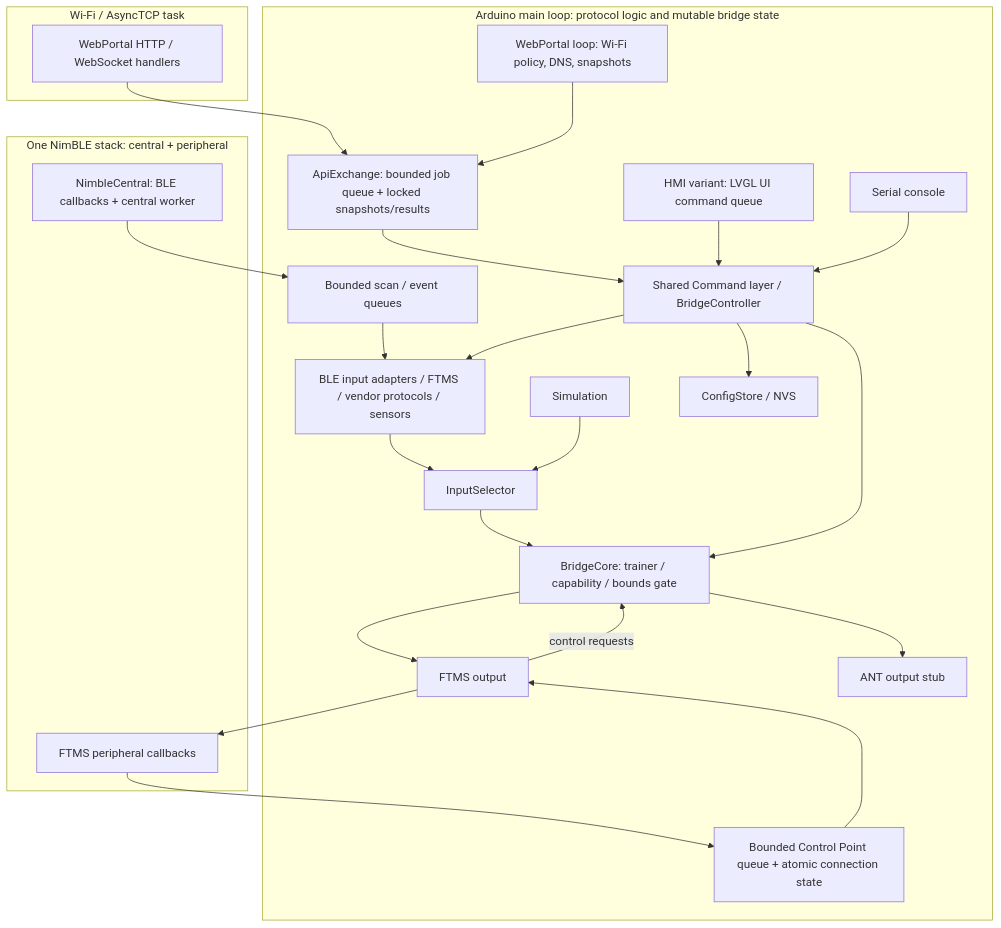
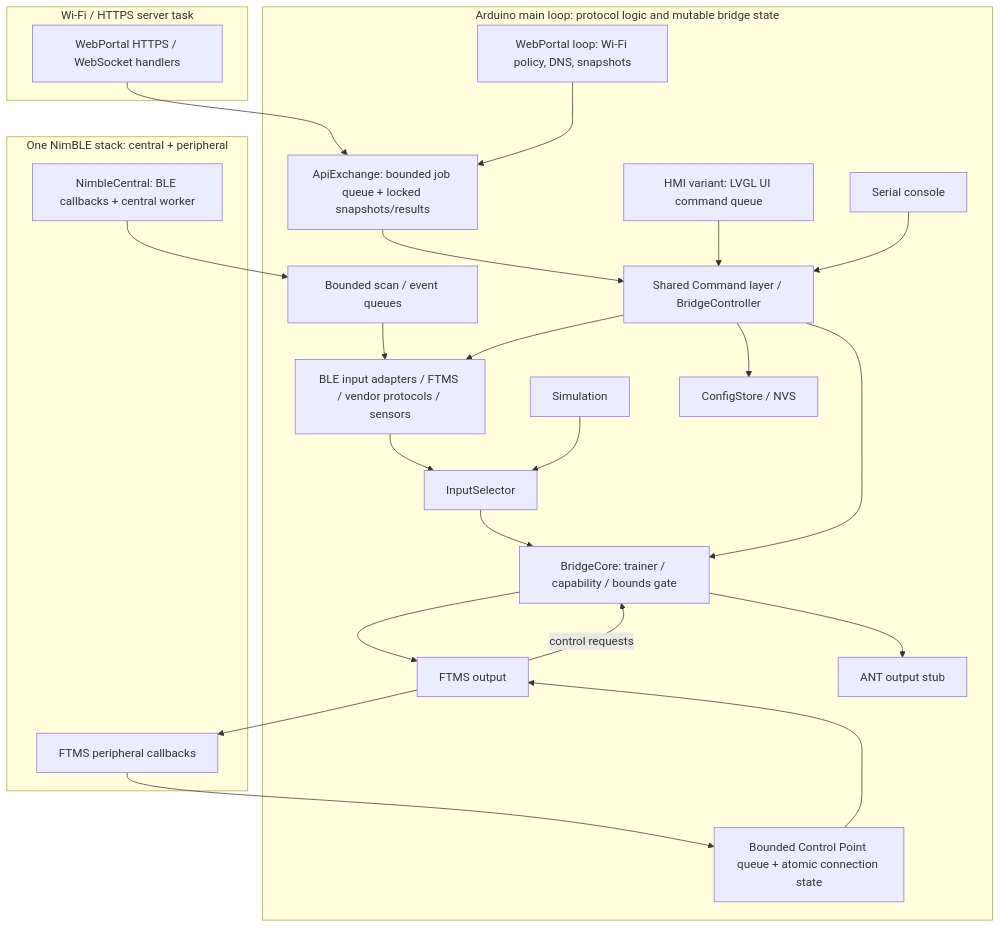
One commit to hubwerk/smartfitness-bridge changed the diagram in README.md. Above: the diagram before and after it, drawn with Mermaid. The commit also changed other lines of this file and 9 other files, not shown here.

Commit message:
Web variant: serve UI/API/WebSocket over HTTPS with never-expiring self-signed certificate

````diff
--- a/README.md
+++ b/README.md
@@ -211,31 +211,31 @@
 ```mermaid
 flowchart TD
   subgraph radio["One NimBLE stack: central + peripheral"]
     NC["NimbleCentral: BLE callbacks + central worker"]
     FP["FTMS peripheral callbacks"]
   end
-  subgraph wifi["Wi-Fi / AsyncTCP task"]
-    HTTP["WebPortal HTTP / WebSocket handlers"]
+  subgraph wifi["Wi-Fi / HTTPS server task"]
+    HTTP["WebPortal HTTPS / WebSocket handlers"]
   end
   NC --> SQ["Bounded scan / event queues"]
   FP --> CQ["Bounded Control Point queue + atomic connection state"]
   HTTP --> API["ApiExchange: bounded job queue + locked snapshots/results"]
   subgraph loop["Arduino main loop: protocol logic and mutable bridge state"]
     SQ --> BLE["BLE input adapters / FTMS / vendor protocols / sensors"]
     BLE --> IS["InputSelector"]
     SIM["Simulation"] --> IS
     IS --> CORE["BridgeCore: trainer / capability / bounds gate"]
     CORE --> OUT["FTMS output"]
     CORE --> ANT["ANT output stub"]
     API --> CMD["Shared Command layer / BridgeController"]
     HMI["HMI variant: LVGL UI command queue"] --> CMD
     CON["Serial console"] --> CMD
     CMD --> CORE
     CMD --> BLE
     CMD --> CFG["ConfigStore / NVS"]
     CQ --> OUT
     OUT -->|control requests| CORE
     WP["WebPortal loop: Wi-Fi policy, DNS, snapshots"] --> API
   end
   OUT --> FP
 ```
````
